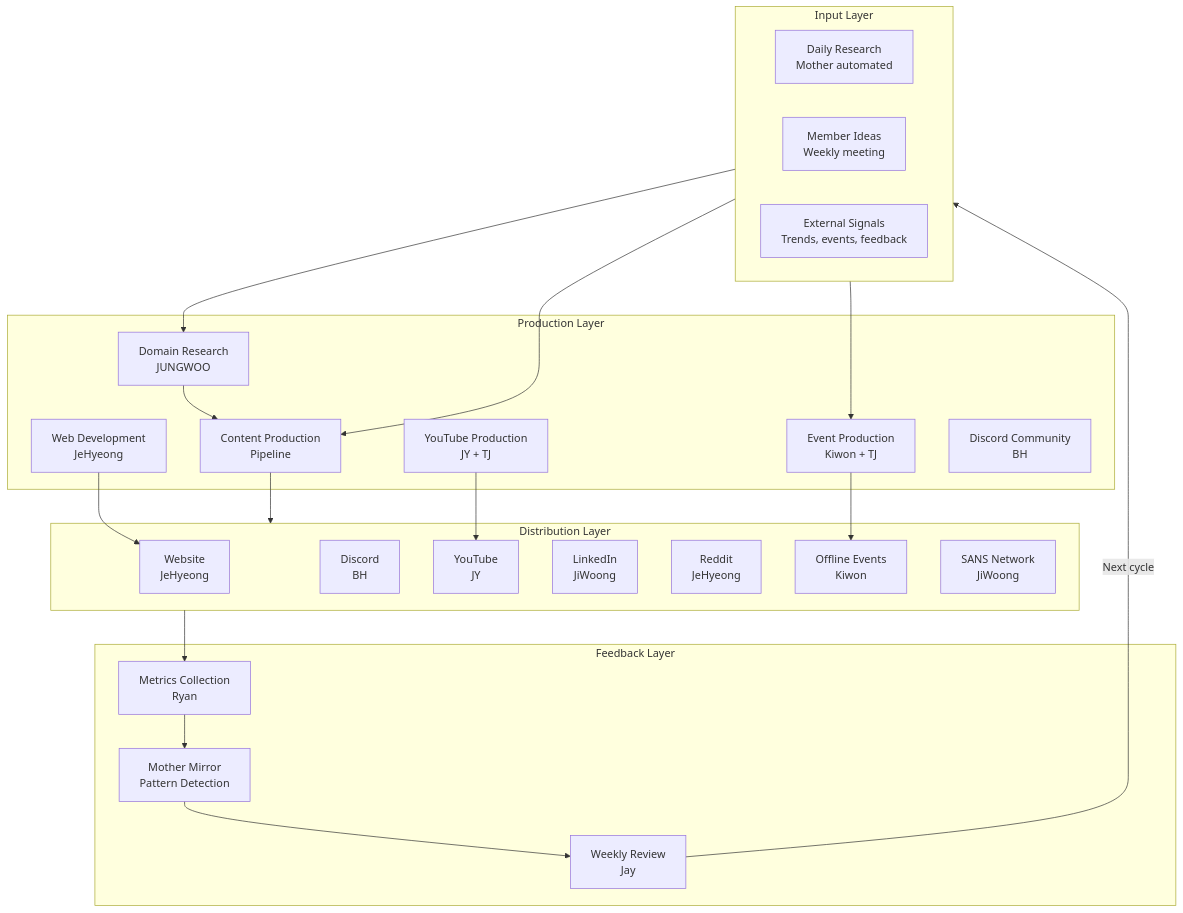
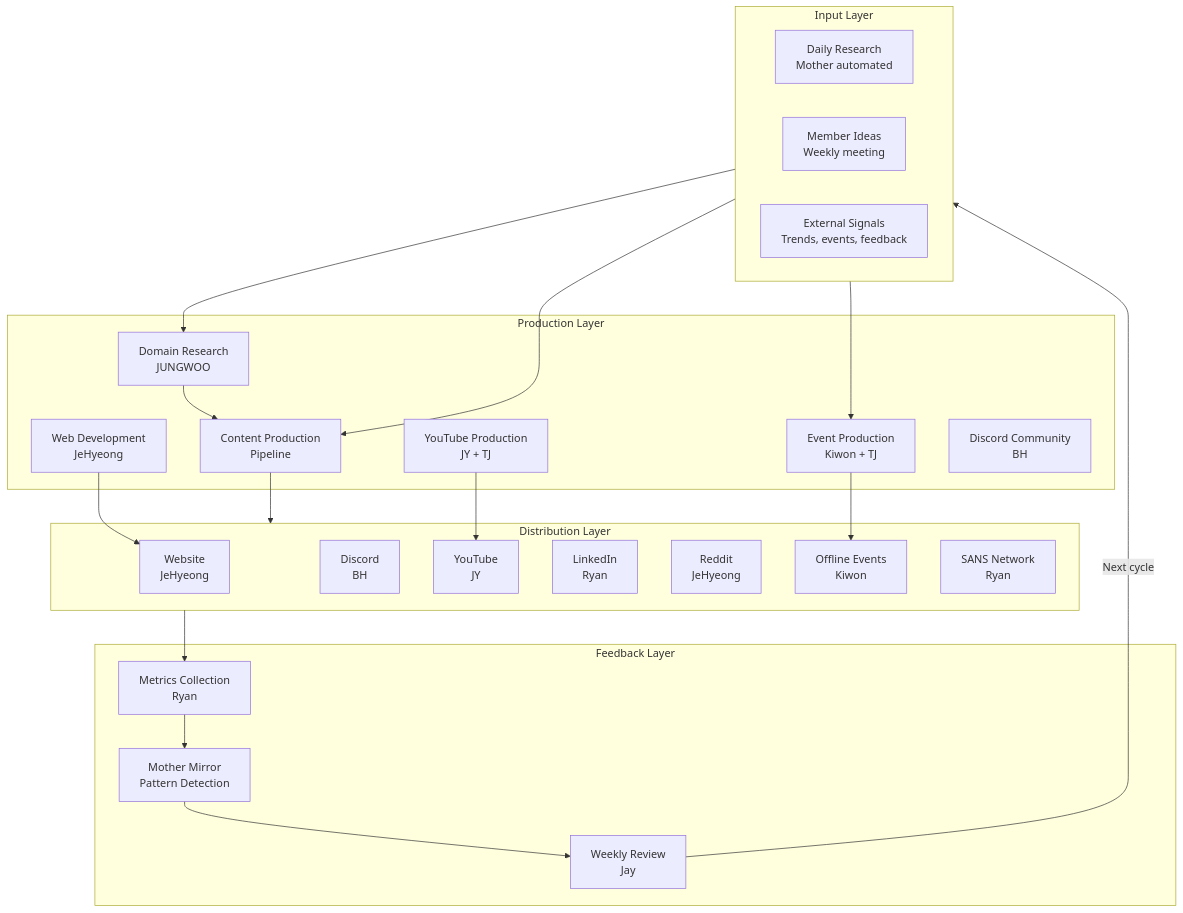
The first of 8 diagrams in products/hypeproof-workflow-2026Q2.md (JeHyeong2/hypeprooflab), drawn with Mermaid before and after one commit. The commit also changed other lines of this file and 35 other files, not shown here.

First line of the commit message:
fix: merge JiWoong→Ryan, add Academy pipeline, 8 members

````diff
--- a/products/hypeproof-workflow-2026Q2.md
+++ b/products/hypeproof-workflow-2026Q2.md
@@ -45,47 +46,47 @@
 ```mermaid
 flowchart TB
     subgraph INPUT["Input Layer"]
         R[Daily Research<br/>Mother automated]
         MI[Member Ideas<br/>Weekly meeting]
         EXT[External Signals<br/>Trends, events, feedback]
     end
 
     subgraph PRODUCE["Production Layer"]
         CP[Content Production<br/>Pipeline]
         EP[Event Production<br/>Kiwon + TJ]
         WD[Web Development<br/>JeHyeong]
         YT[YouTube Production<br/>JY + TJ]
         DC[Discord Community<br/>BH]
         DR[Domain Research<br/>JUNGWOO]
     end
 
     subgraph DISTRIBUTE["Distribution Layer"]
         WEB[Website<br/>JeHyeong]
         DIS[Discord<br/>BH]
         YTC[YouTube<br/>JY]
-        LI[LinkedIn<br/>JiWoong]
+        LI[LinkedIn<br/>Ryan]
         RD[Reddit<br/>JeHyeong]
         OFL[Offline Events<br/>Kiwon]
-        SANS[SANS Network<br/>JiWoong]
+        SANS[SANS Network<br/>Ryan]
     end
 
     subgraph FEEDBACK["Feedback Layer"]
         MET[Metrics Collection<br/>Ryan]
         MIR[Mother Mirror<br/>Pattern Detection]
         REV[Weekly Review<br/>Jay]
     end
 
     INPUT --> CP
     INPUT --> EP
     INPUT --> DR
     CP --> DISTRIBUTE
     EP --> OFL
     WD --> WEB
     YT --> YTC
     DR --> CP
 
     DISTRIBUTE --> MET
     MET --> MIR
     MIR --> REV
     REV -->|Next cycle| INPUT
 ```
````
